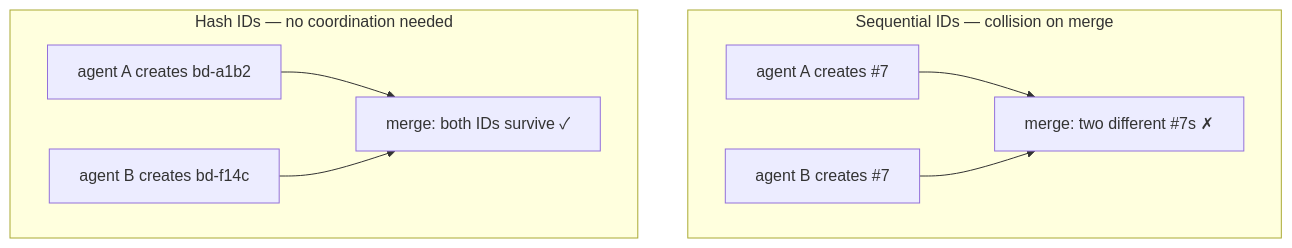
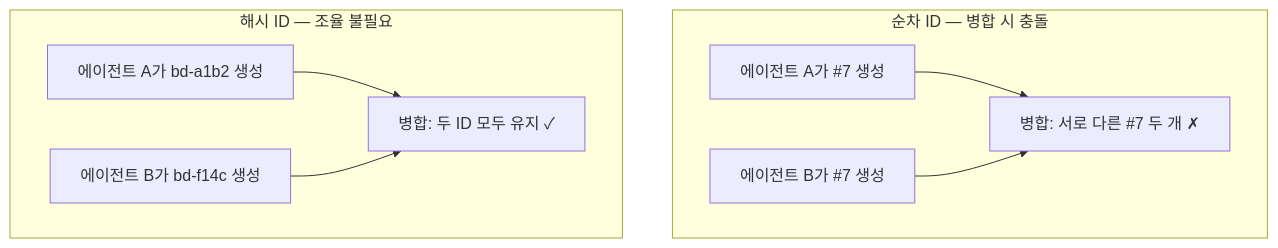
Before and after one commit to gastownhall/beads: the diagram in docs/core-concepts/hash-ids.md, drawn with Mermaid. The commit also changed other lines of this file and 179 other files, not shown here.

````diff
--- a/docs/core-concepts/hash-ids.md
+++ b/docs/core-concepts/hash-ids.md
@@ -15,11 +15,11 @@
 ```mermaid
 flowchart TD
-    subgraph seq["Sequential IDs — collision on merge"]
-        a1["agent A creates #7"] --> m1["merge: two different #7s ✗"]
-        b1["agent B creates #7"] --> m1
+    subgraph seq["순차 ID — 병합 시 충돌"]
+        a1["에이전트 A가 #7 생성"] --> m1["병합: 서로 다른 #7 두 개 ✗"]
+        b1["에이전트 B가 #7 생성"] --> m1
     end
-    subgraph hash["Hash IDs — no coordination needed"]
-        a2["agent A creates bd-a1b2"] --> m2["merge: both IDs survive ✓"]
-        b2["agent B creates bd-f14c"] --> m2
+    subgraph hash["해시 ID — 조율 불필요"]
+        a2["에이전트 A가 bd-a1b2 생성"] --> m2["병합: 두 ID 모두 유지 ✓"]
+        b2["에이전트 B가 bd-f14c 생성"] --> m2
     end
 ```
````
